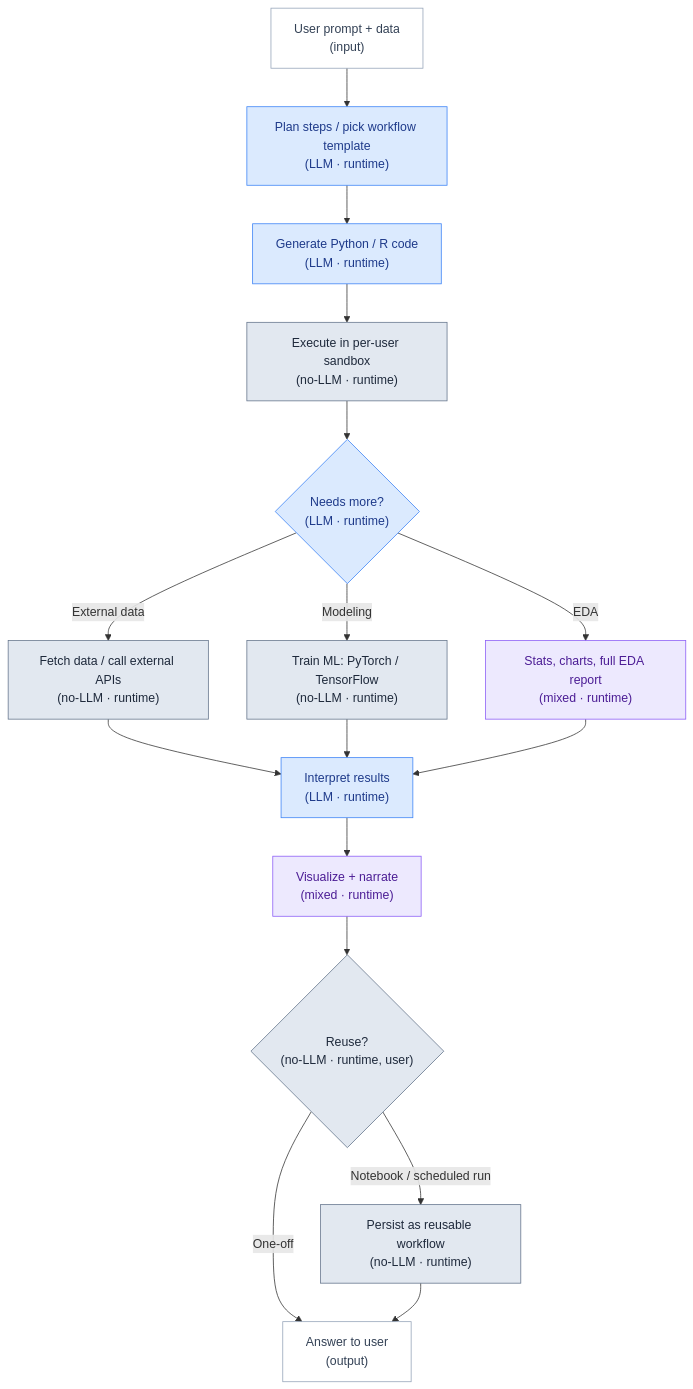
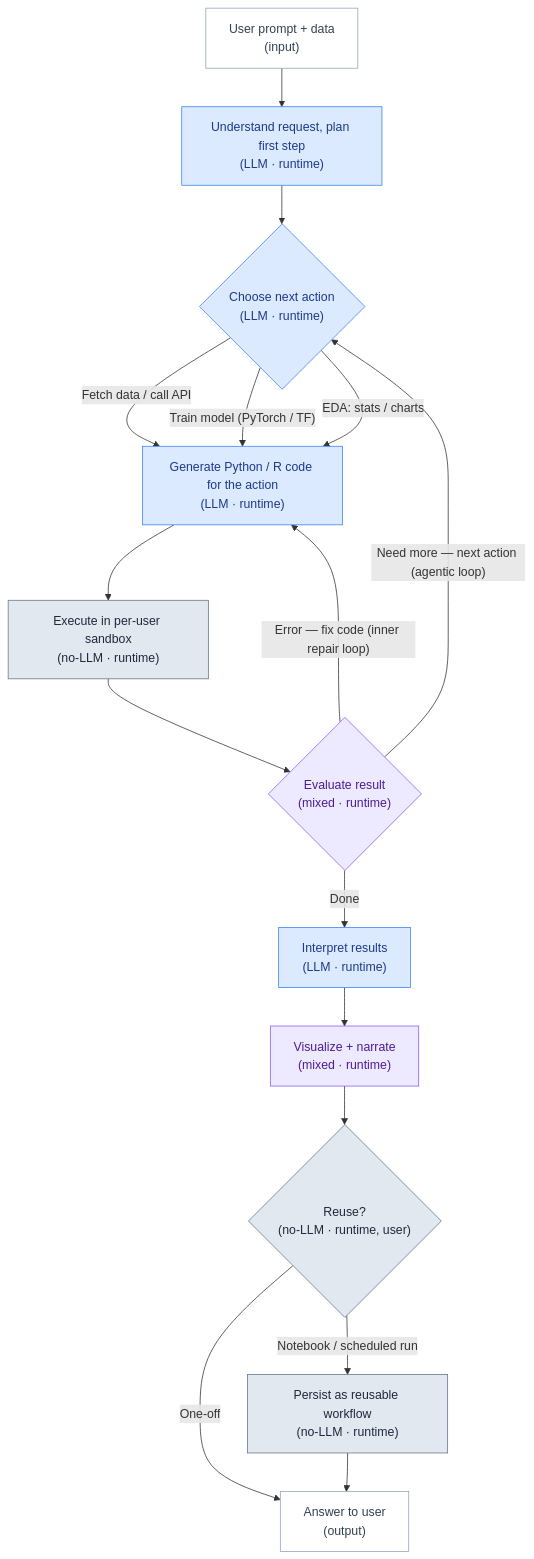
One commit to Mysterious-Owl/temp changed the second of 7 diagrams in README.md. Above: the diagram before and after it, drawn with Mermaid. The commit also changed other lines of this file, not shown here.

````diff
--- a/README.md
+++ b/README.md
@@ -86,26 +86,26 @@
 ```mermaid
 flowchart TD
-    U["User prompt + data<br/>(input)"] --> PL["Plan steps / pick workflow template<br/>(LLM · runtime)"]
-    PL --> GEN["Generate Python / R code<br/>(LLM · runtime)"]
+    U["User prompt + data<br/>(input)"] --> PL["Understand request, plan first step<br/>(LLM · runtime)"]
+    PL --> DEC{"Choose next action<br/>(LLM · runtime)"}
+    DEC -->|"Fetch data / call API"| GEN["Generate Python / R code for the action<br/>(LLM · runtime)"]
+    DEC -->|"Train model (PyTorch / TF)"| GEN
+    DEC -->|"EDA: stats / charts"| GEN
     GEN --> EX["Execute in per-user sandbox<br/>(no-LLM · runtime)"]
-    EX --> BR{"Needs more?<br/>(LLM · runtime)"}
-    BR -->|External data| FD["Fetch data / call external APIs<br/>(no-LLM · runtime)"]
-    BR -->|Modeling| ML["Train ML: PyTorch / TensorFlow<br/>(no-LLM · runtime)"]
-    BR -->|EDA| ED["Stats, charts, full EDA report<br/>(mixed · runtime)"]
-    FD --> INT["Interpret results<br/>(LLM · runtime)"]
-    ML --> INT
-    ED --> INT
+    EX --> CHK{"Evaluate result<br/>(mixed · runtime)"}
+    CHK -->|"Error — fix code (inner repair loop)"| GEN
+    CHK -->|"Need more — next action (agentic loop)"| DEC
+    CHK -->|"Done"| INT["Interpret results<br/>(LLM · runtime)"]
     INT --> VIZ["Visualize + narrate<br/>(mixed · runtime)"]
     VIZ --> SAVE{"Reuse?<br/>(no-LLM · runtime, user)"}
     SAVE -->|"Notebook / scheduled run"| PERSIST["Persist as reusable workflow<br/>(no-LLM · runtime)"]
-    SAVE -->|One-off| OUT["Answer to user<br/>(output)"]
+    SAVE -->|"One-off"| OUT["Answer to user<br/>(output)"]
     PERSIST --> OUT
     classDef llm fill:#dbeafe,stroke:#3b82f6,color:#1e3a8a;
     classDef det fill:#e2e8f0,stroke:#64748b,color:#1e293b;
     classDef mixed fill:#ede9fe,stroke:#8b5cf6,color:#4c1d95;
     classDef io fill:#ffffff,stroke:#94a3b8,color:#334155;
     class U,OUT io;
-    class PL,GEN,BR,INT llm;
-    class EX,FD,ML,SAVE,PERSIST det;
-    class ED,VIZ mixed;
+    class PL,DEC,GEN,INT llm;
+    class EX,SAVE,PERSIST det;
+    class CHK,VIZ mixed;
 ```
````
